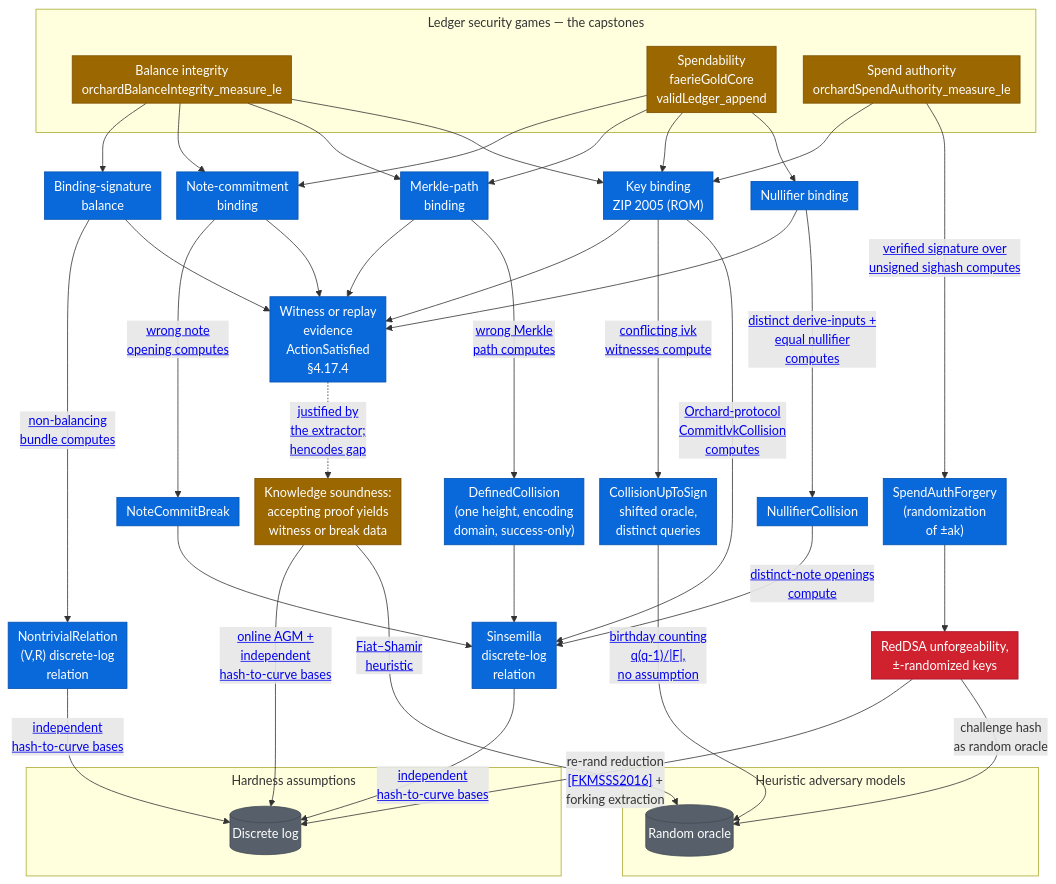
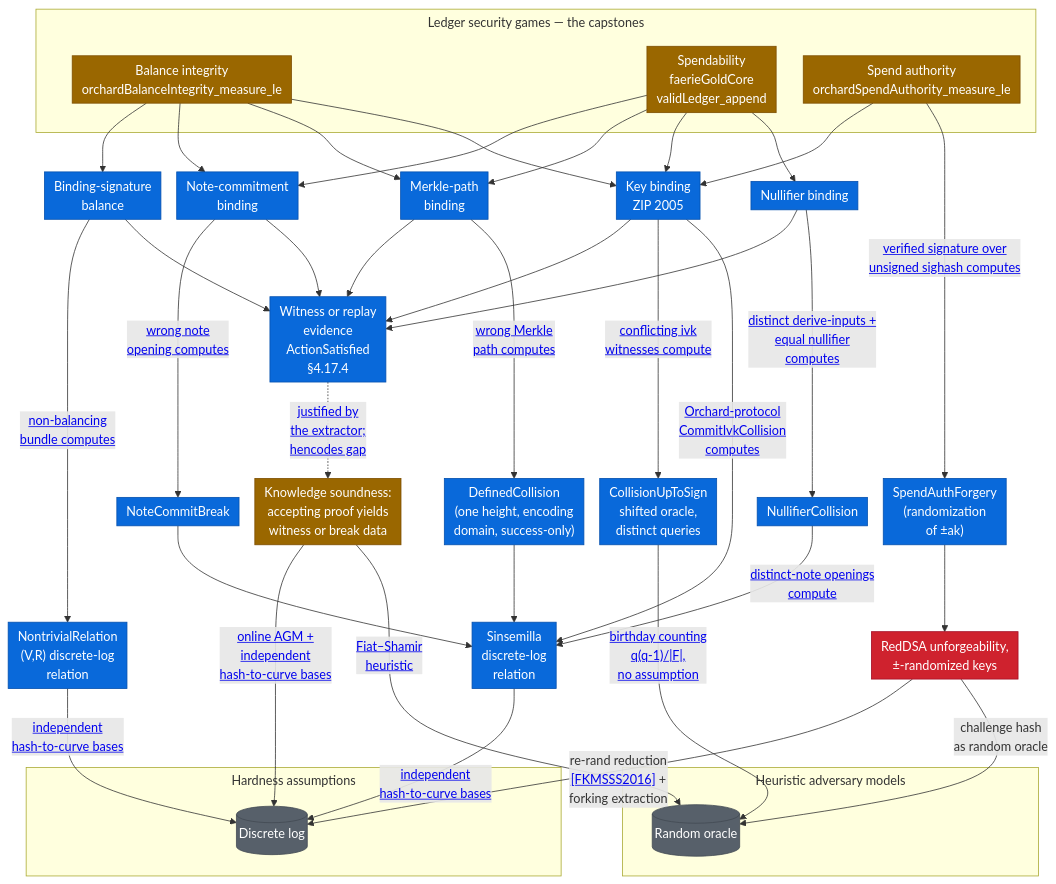
One commit to daira/ironwood changed the diagram in book/src/formal-verification/security-definitions.md. Above: the diagram before and after it, drawn with Mermaid.

Commit message:
book: drop the ROM tag from the Key binding node
The Key binding node covers both discharge routes: the ZIP 2005 theorem's
random-oracle route (the CollisionUpToSign edge, whose labels carry the
oracle framing) and the Orchard-protocol CommitIvkCollision route, which
computes a Sinsemilla discrete-log relation with no oracle model. A ROM
tag on the node itself claimed the whole formalization behind it is in
the ROM; the model split is visible on the outgoing edges.

```diff
--- a/book/src/formal-verification/security-definitions.md
+++ b/book/src/formal-verification/security-definitions.md
@@ -39,7 +39,7 @@
   BAL --> BS["Binding-signature<br/>balance"]
   BAL --> NCB["Note-commitment<br/>binding"]
   BAL --> MERK["Merkle-path<br/>binding"]
-  BAL --> KB["Key binding<br/>ZIP 2005 (ROM)"]
+  BAL --> KB["Key binding<br/>ZIP 2005"]
   SPEND --> NCB
   SPEND --> MERK
   SPEND --> KB
```
